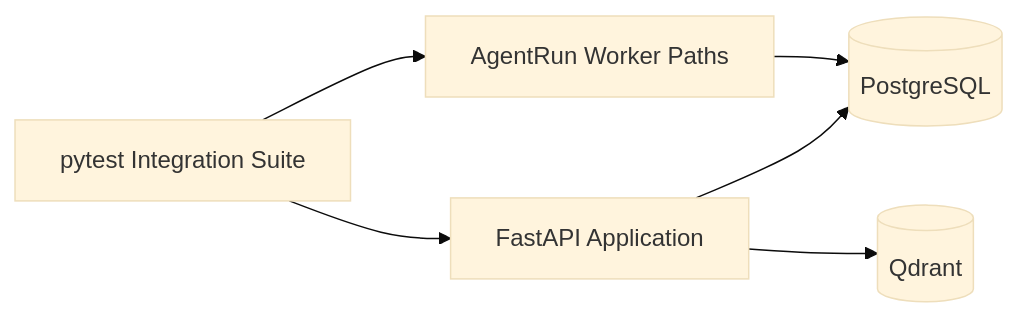
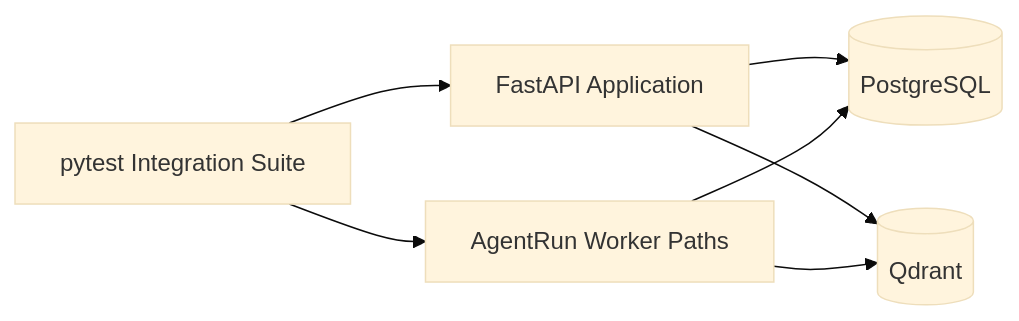
One commit to philgodoy96/supportops-ai-platform changed the seventh of 8 diagrams in docs/architecture/runtime-topology.md. Above: the diagram before and after it, drawn with Mermaid (base theme). The commit also changed other lines of this file and 11 other files, not shown here.

````diff
--- a/docs/architecture/runtime-topology.md
+++ b/docs/architecture/runtime-topology.md
@@ -606,14 +639,15 @@
 ```mermaid
 flowchart LR
     Pytest[pytest Integration Suite]
     API[FastAPI Application]
     WorkerLogic[AgentRun Worker Paths]
     PostgreSQL[(PostgreSQL)]
     Qdrant[(Qdrant)]
 
     Pytest --> API
     Pytest --> WorkerLogic
     API --> PostgreSQL
     WorkerLogic --> PostgreSQL
     API --> Qdrant
+    WorkerLogic --> Qdrant
 ```
````
